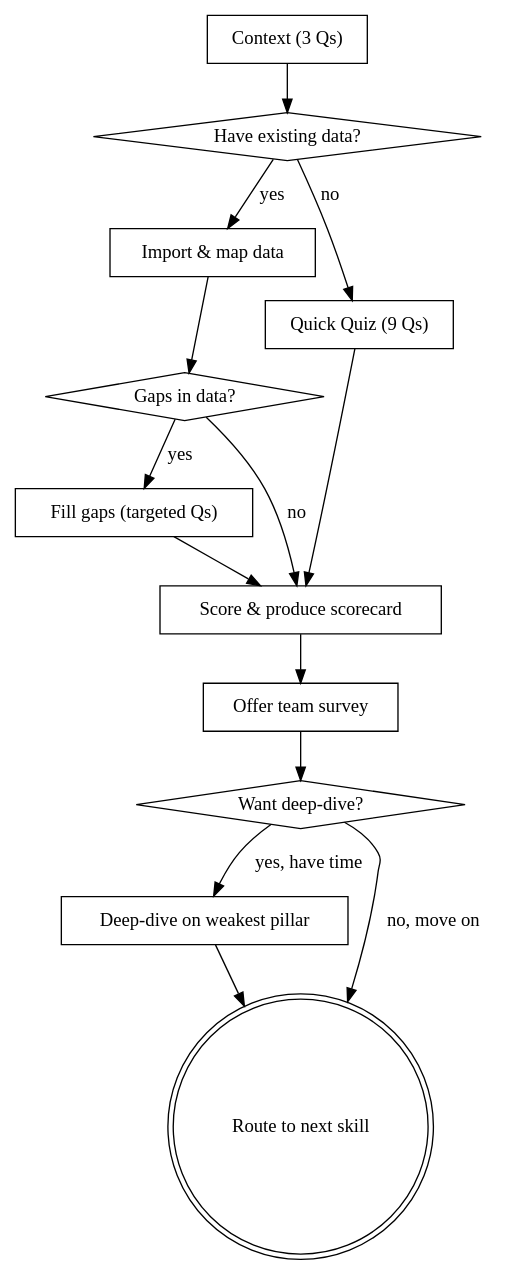
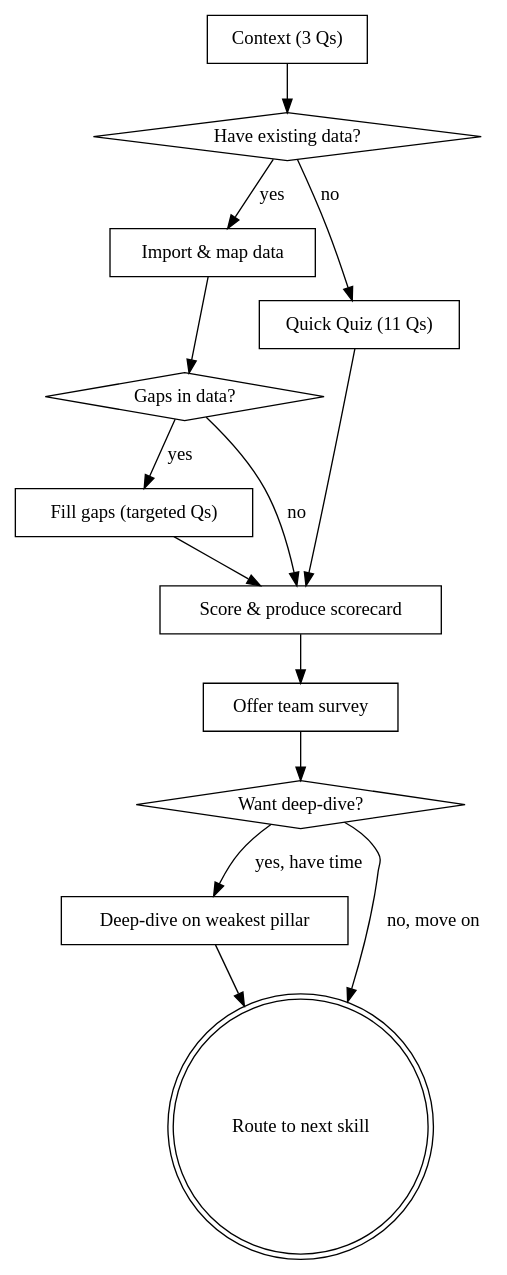
One commit to adimango/ai-adoption-playbook changed the diagram in skills/fluency-assessment/SKILL.md. Above: the diagram before and after it, drawn with Graphviz. The commit also changed other lines of this file, not shown here.

Commit message:
Update Flow diagram and inline counts for 11-question fluency-assessment

````diff
--- a/skills/fluency-assessment/SKILL.md
+++ b/skills/fluency-assessment/SKILL.md
@@ -18,29 +18,29 @@
 ```dot
 digraph fluency {
     "Context (3 Qs)" [shape=box];
     "Have existing data?" [shape=diamond];
     "Import & map data" [shape=box];
     "Gaps in data?" [shape=diamond];
     "Fill gaps (targeted Qs)" [shape=box];
-    "Quick Quiz (9 Qs)" [shape=box];
+    "Quick Quiz (11 Qs)" [shape=box];
     "Score & produce scorecard" [shape=box];
     "Offer team survey" [shape=box];
     "Want deep-dive?" [shape=diamond];
     "Deep-dive on weakest pillar" [shape=box];
     "Route to next skill" [shape=doublecircle];
 
     "Context (3 Qs)" -> "Have existing data?";
     "Have existing data?" -> "Import & map data" [label="yes"];
-    "Have existing data?" -> "Quick Quiz (9 Qs)" [label="no"];
+    "Have existing data?" -> "Quick Quiz (11 Qs)" [label="no"];
     "Import & map data" -> "Gaps in data?";
     "Gaps in data?" -> "Fill gaps (targeted Qs)" [label="yes"];
     "Gaps in data?" -> "Score & produce scorecard" [label="no"];
     "Fill gaps (targeted Qs)" -> "Score & produce scorecard";
-    "Quick Quiz (9 Qs)" -> "Score & produce scorecard";
+    "Quick Quiz (11 Qs)" -> "Score & produce scorecard";
     "Score & produce scorecard" -> "Offer team survey";
     "Offer team survey" -> "Want deep-dive?";
     "Want deep-dive?" -> "Deep-dive on weakest pillar" [label="yes, have time"];
     "Want deep-dive?" -> "Route to next skill" [label="no, move on"];
     "Deep-dive on weakest pillar" -> "Route to next skill";
 }
 ```
````
